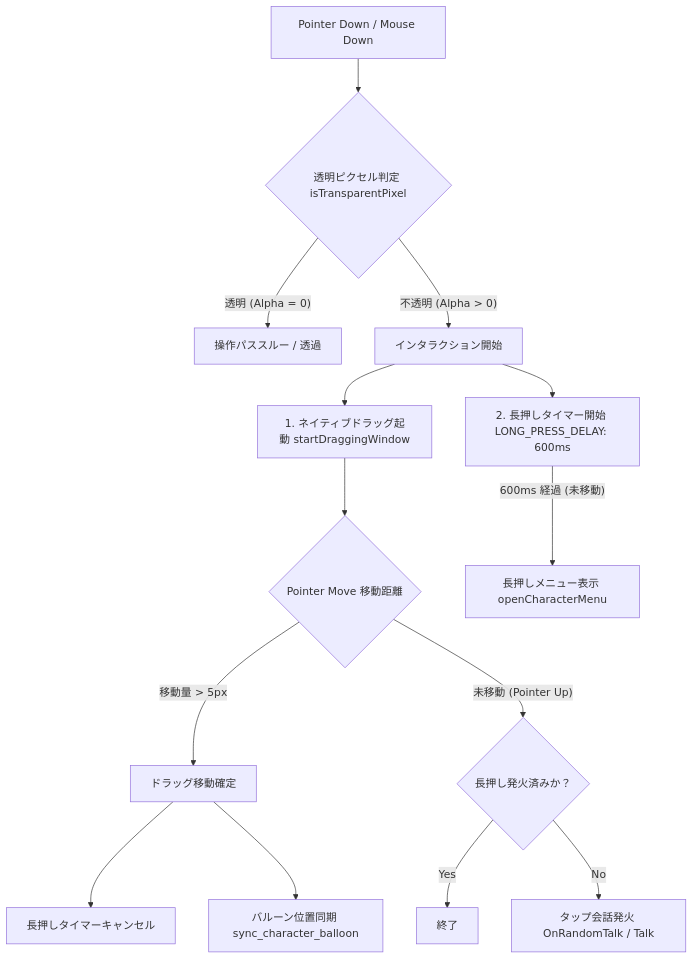
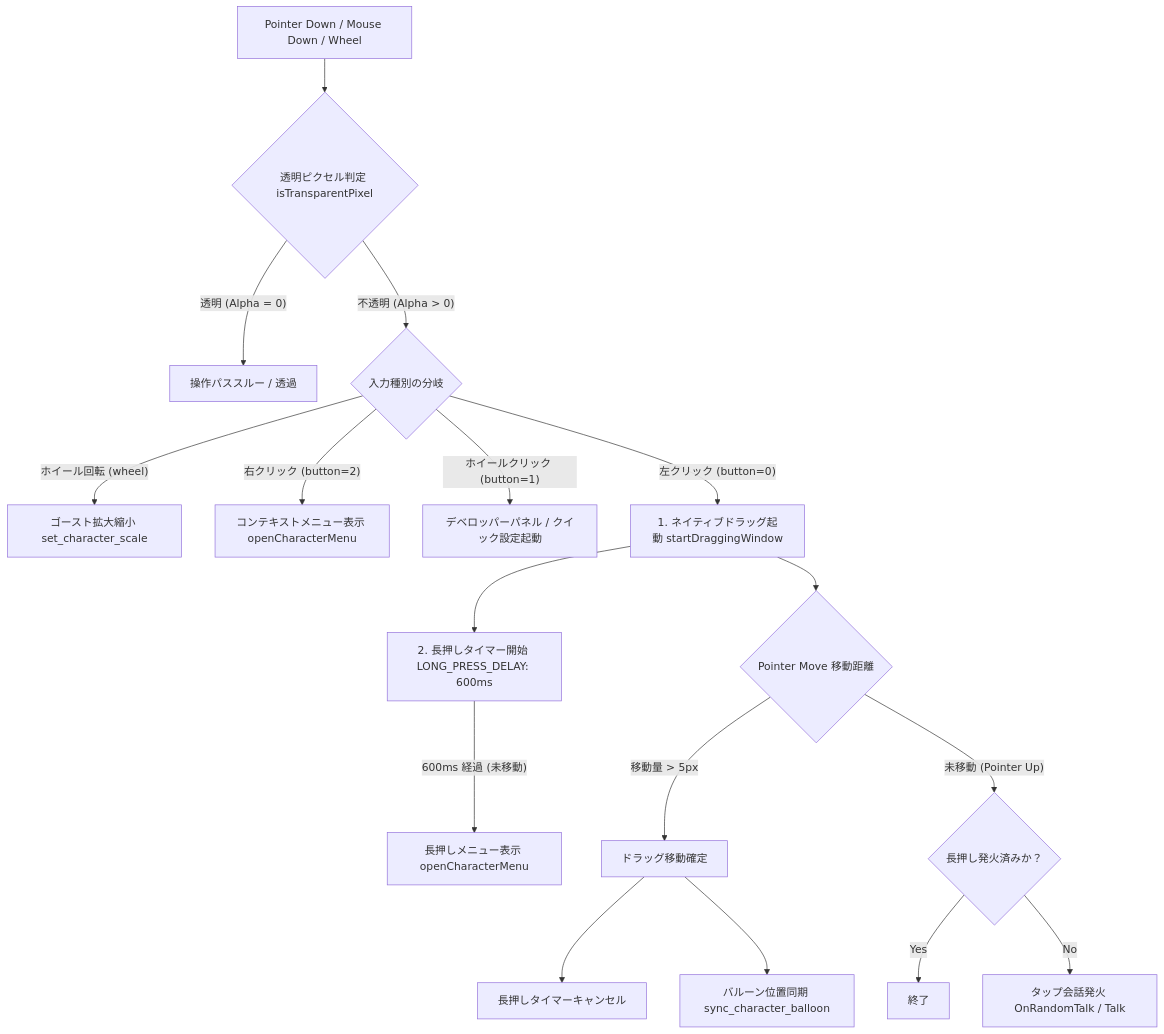
The diagram in docs/developer/character-interaction-area-coupling-spec.md (nanaisisi/nanai-android-mascot), drawn with Mermaid before and after one commit. The commit also changed other lines of this file and 3 other files, not shown here.

Commit message:
feat(interaction): add SSP-compliant window snapping, Ctrl key override, wheel click quick menu, and wheel scale controls

````diff
--- a/docs/developer/character-interaction-area-coupling-spec.md
+++ b/docs/developer/character-interaction-area-coupling-spec.md
@@ -11,19 +11,23 @@
 ```mermaid
 graph TD
-    A[Pointer Down / Mouse Down] --> B{透明ピクセル判定 isTransparentPixel}
+    A[Pointer Down / Mouse Down / Wheel] --> B{透明ピクセル判定 isTransparentPixel}
     B -- 透明 (Alpha = 0) --> C[操作パススルー / 透過]
-    B -- 不透明 (Alpha > 0) --> D[インタラクション開始]
-    D --> E1[1. ネイティブドラッグ起動 startDraggingWindow]
-    D --> E2[2. 長押しタイマー開始 LONG_PRESS_DELAY: 600ms]
+    B -- 不透明 (Alpha > 0) --> D{入力種別の分岐}
+    
+    D -- ホイール回転 (wheel) --> D1[ゴースト拡大縮小 set_character_scale]
+    D -- 右クリック (button=2) --> D2[コンテキストメニュー表示 openCharacterMenu]
+    D -- ホイールクリック (button=1) --> D3[デベロッパーパネル / クイック設定起動]
+    D -- 左クリック (button=0) --> E1[1. ネイティブドラッグ起動 startDraggingWindow]
+    E1 --> E2[2. 長押しタイマー開始 LONG_PRESS_DELAY: 600ms]
     
     E1 --> F{Pointer Move 移動距離}
     F -- 移動量 > 5px --> G[ドラッグ移動確定]
     G --> H1[長押しタイマーキャンセル]
     G --> H2[バルーン位置同期 sync_character_balloon]
     
     E2 -- 600ms 経過 (未移動) --> I[長押しメニュー表示 openCharacterMenu]
     
     F -- 未移動 (Pointer Up) --> J{長押し発火済みか？}
     J -- Yes --> K[終了]
     J -- No --> L[タップ会話発火 OnRandomTalk / Talk]
 ```
````
